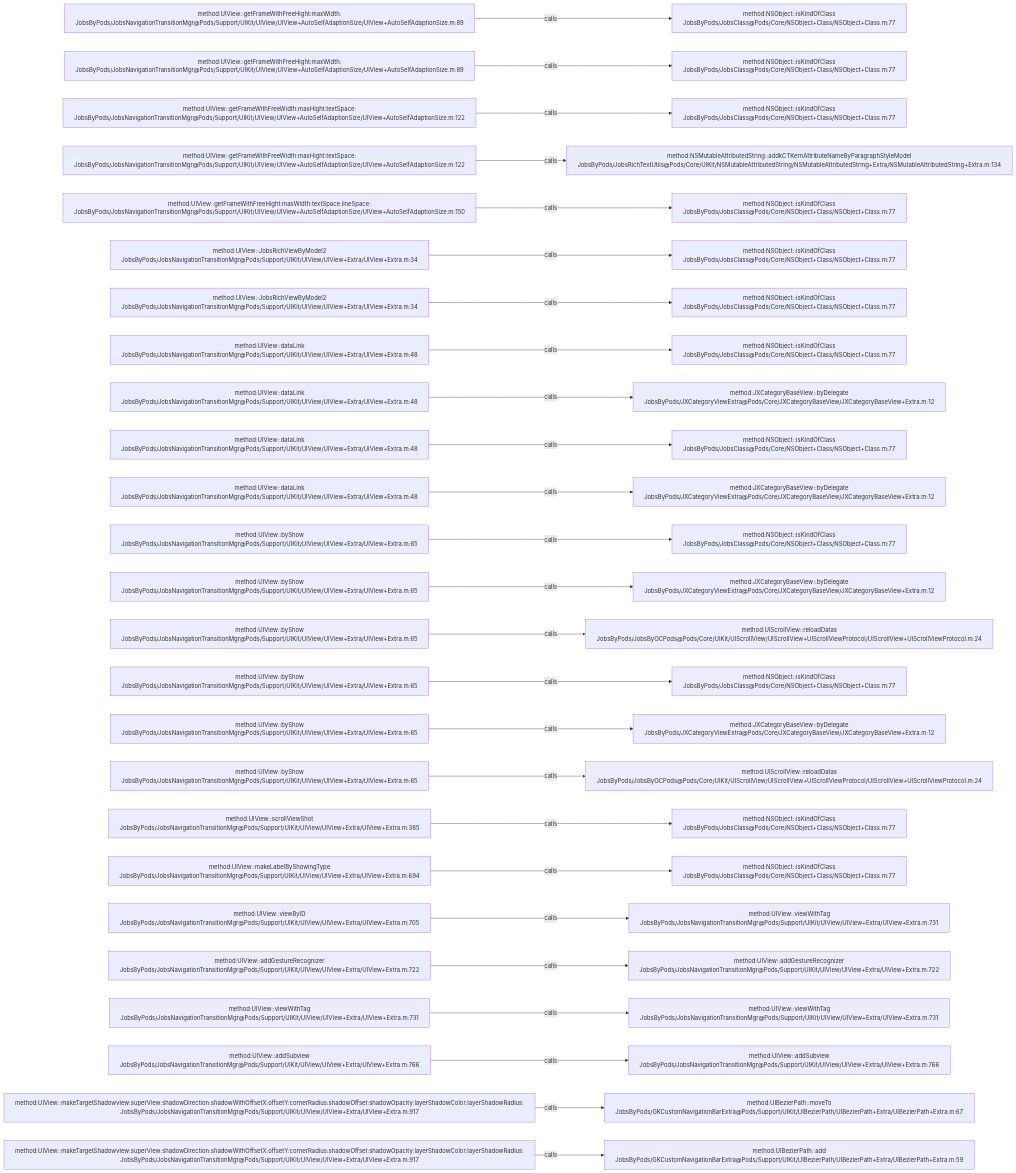
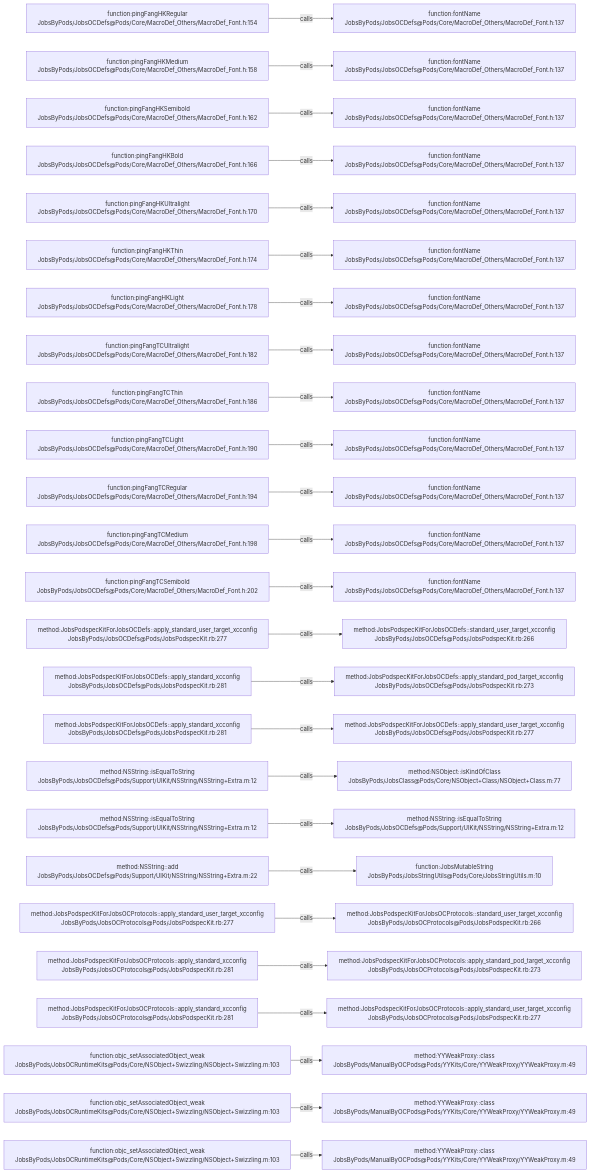
One commit to JobsKits/JobsOCBaseConfigDemo changed the diagram in .codegraph/codegraph.md/graphs/calls-137.md. Above: the diagram before and after it, drawn with Mermaid. The commit also changed 639 other files, not shown here.

````diff
--- a/.codegraph/codegraph.md/graphs/calls-137.md
+++ b/.codegraph/codegraph.md/graphs/calls-137.md
@@ -13,78 +13,78 @@
 ```mermaid
 flowchart LR
-  S1["method:UIView::getFrameWithFreeHight:maxWidth:<br/>JobsByPods/JobsNavigationTransitionMgr@Pods/Support/UIKit/UIView/UIView+AutoSelfAdaptionSize/UIView+AutoSelfAdaptionSize.m:89"]
-  T1["method:NSObject::isKindOfClass<br/>JobsByPods/JobsClass@Pods/Core/NSObject+Class/NSObject+Class.m:77"]
+  S1["function:pingFangHKRegular<br/>JobsByPods/JobsOCDefs@Pods/Core/MacroDef_Others/MacroDef_Font.h:154"]
+  T1["function:fontName<br/>JobsByPods/JobsOCDefs@Pods/Core/MacroDef_Others/MacroDef_Font.h:137"]
   S1 -->|calls| T1
-  S2["method:UIView::getFrameWithFreeHight:maxWidth:<br/>JobsByPods/JobsNavigationTransitionMgr@Pods/Support/UIKit/UIView/UIView+AutoSelfAdaptionSize/UIView+AutoSelfAdaptionSize.m:89"]
-  T2["method:NSObject::isKindOfClass<br/>JobsByPods/JobsClass@Pods/Core/NSObject+Class/NSObject+Class.m:77"]
+  S2["function:pingFangHKMedium<br/>JobsByPods/JobsOCDefs@Pods/Core/MacroDef_Others/MacroDef_Font.h:158"]
+  T2["function:fontName<br/>JobsByPods/JobsOCDefs@Pods/Core/MacroDef_Others/MacroDef_Font.h:137"]
   S2 -->|calls| T2
-  S3["method:UIView::getFrameWithFreeWidth:maxHight:textSpace:<br/>JobsByPods/JobsNavigationTransitionMgr@Pods/Support/UIKit/UIView/UIView+AutoSelfAdaptionSize/UIView+AutoSelfAdaptionSize.m:122"]
-  T3["method:NSObject::isKindOfClass<br/>JobsByPods/JobsClass@Pods/Core/NSObject+Class/NSObject+Class.m:77"]
+  S3["function:pingFangHKSemibold<br/>JobsByPods/JobsOCDefs@Pods/Core/MacroDef_Others/MacroDef_Font.h:162"]
+  T3["function:fontName<br/>JobsByPods/JobsOCDefs@Pods/Core/MacroDef_Others/MacroDef_Font.h:137"]
   S3 -->|calls| T3
-  S4["method:UIView::getFrameWithFreeWidth:maxHight:textSpace:<br/>JobsByPods/JobsNavigationTransitionMgr@Pods/Support/UIKit/UIView/UIView+AutoSelfAdaptionSize/UIView+AutoSelfAdaptionSize.m:122"]
-  T4["method:NSMutableAttributedString::addkCTKernAttributeNameByParagraphStyleModel<br/>JobsByPods/JobsRichTextUtils@Pods/Core/UIKit/NSMutableAttributedString/NSMutableAttributedString+Extra/NSMutableAttributedString+Extra.m:134"]
+  S4["function:pingFangHKBold<br/>JobsByPods/JobsOCDefs@Pods/Core/MacroDef_Others/MacroDef_Font.h:166"]
+  T4["function:fontName<br/>JobsByPods/JobsOCDefs@Pods/Core/MacroDef_Others/MacroDef_Font.h:137"]
   S4 -->|calls| T4
-  S5["method:UIView::getFrameWithFreeHight:maxWidth:textSpace:lineSpace:<br/>JobsByPods/JobsNavigationTransitionMgr@Pods/Support/UIKit/UIView/UIView+AutoSelfAdaptionSize/UIView+AutoSelfAdaptionSize.m:150"]
-  T5["method:NSObject::isKindOfClass<br/>JobsByPods/JobsClass@Pods/Core/NSObject+Class/NSObject+Class.m:77"]
+  S5["function:pingFangHKUltralight<br/>JobsByPods/JobsOCDefs@Pods/Core/MacroDef_Others/MacroDef_Font.h:170"]
+  T5["function:fontName<br/>JobsByPods/JobsOCDefs@Pods/Core/MacroDef_Others/MacroDef_Font.h:137"]
   S5 -->|calls| T5
-  S6["method:UIView::JobsRichViewByModel2<br/>JobsByPods/JobsNavigationTransitionMgr@Pods/Support/UIKit/UIView/UIView+Extra/UIView+Extra.m:34"]
-  T6["method:NSObject::isKindOfClass<br/>JobsByPods/JobsClass@Pods/Core/NSObject+Class/NSObject+Class.m:77"]
+  S6["function:pingFangHKThin<br/>JobsByPods/JobsOCDefs@Pods/Core/MacroDef_Others/MacroDef_Font.h:174"]
+  T6["function:fontName<br/>JobsByPods/JobsOCDefs@Pods/Core/MacroDef_Others/MacroDef_Font.h:137"]
   S6 -->|calls| T6
-  S7["method:UIView::JobsRichViewByModel2<br/>JobsByPods/JobsNavigationTransitionMgr@Pods/Support/UIKit/UIView/UIView+Extra/UIView+Extra.m:34"]
-  T7["method:NSObject::isKindOfClass<br/>JobsByPods/JobsClass@Pods/Core/NSObject+Class/NSObject+Class.m:77"]
+  S7["function:pingFangHKLight<br/>JobsByPods/JobsOCDefs@Pods/Core/MacroDef_Others/MacroDef_Font.h:178"]
+  T7["function:fontName<br/>JobsByPods/JobsOCDefs@Pods/Core/MacroDef_Others/MacroDef_Font.h:137"]
   S7 -->|calls| T7
-  S8["method:UIView::dataLink<br/>JobsByPods/JobsNavigationTransitionMgr@Pods/Support/UIKit/UIView/UIView+Extra/UIView+Extra.m:48"]
-  T8["method:NSObject::isKindOfClass<br/>JobsByPods/JobsClass@Pods/Core/NSObject+Class/NSObject+Class.m:77"]
+  S8["function:pingFangTCUltralight<br/>JobsByPods/JobsOCDefs@Pods/Core/MacroDef_Others/MacroDef_Font.h:182"]
+  T8["function:fontName<br/>JobsByPods/JobsOCDefs@Pods/Core/MacroDef_Others/MacroDef_Font.h:137"]
   S8 -->|calls| T8
-  S9["method:UIView::dataLink<br/>JobsByPods/JobsNavigationTransitionMgr@Pods/Support/UIKit/UIView/UIView+Extra/UIView+Extra.m:48"]
-  T9["method:JXCategoryBaseView::byDelegate<br/>JobsByPods/JXCategoryViewExtra@Pods/Core/JXCategoryBaseView/JXCategoryBaseView+Extra.m:12"]
+  S9["function:pingFangTCThin<br/>JobsByPods/JobsOCDefs@Pods/Core/MacroDef_Others/MacroDef_Font.h:186"]
+  T9["function:fontName<br/>JobsByPods/JobsOCDefs@Pods/Core/MacroDef_Others/MacroDef_Font.h:137"]
   S9 -->|calls| T9
-  S10["method:UIView::dataLink<br/>JobsByPods/JobsNavigationTransitionMgr@Pods/Support/UIKit/UIView/UIView+Extra/UIView+Extra.m:48"]
-  T10["method:NSObject::isKindOfClass<br/>JobsByPods/JobsClass@Pods/Core/NSObject+Class/NSObject+Class.m:77"]
+  S10["function:pingFangTCLight<br/>JobsByPods/JobsOCDefs@Pods/Core/MacroDef_Others/MacroDef_Font.h:190"]
+  T10["function:fontName<br/>JobsByPods/JobsOCDefs@Pods/Core/MacroDef_Others/MacroDef_Font.h:137"]
   S10 -->|calls| T10
-  S11["method:UIView::dataLink<br/>JobsByPods/JobsNavigationTransitionMgr@Pods/Support/UIKit/UIView/UIView+Extra/UIView+Extra.m:48"]
-  T11["method:JXCategoryBaseView::byDelegate<br/>JobsByPods/JXCategoryViewExtra@Pods/Core/JXCategoryBaseView/JXCategoryBaseView+Extra.m:12"]
+  S11["function:pingFangTCRegular<br/>JobsByPods/JobsOCDefs@Pods/Core/MacroDef_Others/MacroDef_Font.h:194"]
+  T11["function:fontName<br/>JobsByPods/JobsOCDefs@Pods/Core/MacroDef_Others/MacroDef_Font.h:137"]
   S11 -->|calls| T11
-  S12["method:UIView::byShow<br/>JobsByPods/JobsNavigationTransitionMgr@Pods/Support/UIKit/UIView/UIView+Extra/UIView+Extra.m:65"]
-  T12["method:NSObject::isKindOfClass<br/>JobsByPods/JobsClass@Pods/Core/NSObject+Class/NSObject+Class.m:77"]
+  S12["function:pingFangTCMedium<br/>JobsByPods/JobsOCDefs@Pods/Core/MacroDef_Others/MacroDef_Font.h:198"]
+  T12["function:fontName<br/>JobsByPods/JobsOCDefs@Pods/Core/MacroDef_Others/MacroDef_Font.h:137"]
   S12 -->|calls| T12
-  S13["method:UIView::byShow<br/>JobsByPods/JobsNavigationTransitionMgr@Pods/Support/UIKit/UIView/UIView+Extra/UIView+Extra.m:65"]
-  T13["method:JXCategoryBaseView::byDelegate<br/>JobsByPods/JXCategoryViewExtra@Pods/Core/JXCategoryBaseView/JXCategoryBaseView+Extra.m:12"]
+  S13["function:pingFangTCSemibold<br/>JobsByPods/JobsOCDefs@Pods/Core/MacroDef_Others/MacroDef_Font.h:202"]
+  T13["function:fontName<br/>JobsByPods/JobsOCDefs@Pods/Core/MacroDef_Others/MacroDef_Font.h:137"]
   S13 -->|calls| T13
-  S14["method:UIView::byShow<br/>JobsByPods/JobsNavigationTransitionMgr@Pods/Support/UIKit/UIView/UIView+Extra/UIView+Extra.m:65"]
-  T14["method:UIScrollView::reloadDatas<br/>JobsByPods/JobsByOCPods@Pods/Core/UIKit/UIScrollView/UIScrollView+UIScrollViewProtocol/UIScrollView+UIScrollViewProtocol.m:24"]
+  S14["method:JobsPodspecKitForJobsOCDefs::apply_standard_user_target_xcconfig<br/>JobsByPods/JobsOCDefs@Pods/JobsPodspecKit.rb:277"]
+  T14["method:JobsPodspecKitForJobsOCDefs::standard_user_target_xcconfig<br/>JobsByPods/JobsOCDefs@Pods/JobsPodspecKit.rb:266"]
   S14 -->|calls| T14
-  S15["method:UIView::byShow<br/>JobsByPods/JobsNavigationTransitionMgr@Pods/Support/UIKit/UIView/UIView+Extra/UIView+Extra.m:65"]
-  T15["method:NSObject::isKindOfClass<br/>JobsByPods/JobsClass@Pods/Core/NSObject+Class/NSObject+Class.m:77"]
+  S15["method:JobsPodspecKitForJobsOCDefs::apply_standard_xcconfig<br/>JobsByPods/JobsOCDefs@Pods/JobsPodspecKit.rb:281"]
+  T15["method:JobsPodspecKitForJobsOCDefs::apply_standard_pod_target_xcconfig<br/>JobsByPods/JobsOCDefs@Pods/JobsPodspecKit.rb:273"]
   S15 -->|calls| T15
-  S16["method:UIView::byShow<br/>JobsByPods/JobsNavigationTransitionMgr@Pods/Support/UIKit/UIView/UIView+Extra/UIView+Extra.m:65"]
-  T16["method:JXCategoryBaseView::byDelegate<br/>JobsByPods/JXCategoryViewExtra@Pods/Core/JXCategoryBaseView/JXCategoryBaseView+Extra.m:12"]
+  S16["method:JobsPodspecKitForJobsOCDefs::apply_standard_xcconfig<br/>JobsByPods/JobsOCDefs@Pods/JobsPodspecKit.rb:281"]
+  T16["method:JobsPodspecKitForJobsOCDefs::apply_standard_user_target_xcconfig<br/>JobsByPods/JobsOCDefs@Pods/JobsPodspecKit.rb:277"]
   S16 -->|calls| T16
-  S17["method:UIView::byShow<br/>JobsByPods/JobsNavigationTransitionMgr@Pods/Support/UIKit/UIView/UIView+Extra/UIView+Extra.m:65"]
-  T17["method:UIScrollView::reloadDatas<br/>JobsByPods/JobsByOCPods@Pods/Core/UIKit/UIScrollView/UIScrollView+UIScrollViewProtocol/UIScrollView+UIScrollViewProtocol.m:24"]
+  S17["method:NSString::isEqualToString<br/>JobsByPods/JobsOCDefs@Pods/Support/UIKit/NSString/NSString+Extra.m:12"]
+  T17["method:NSObject::isKindOfClass<br/>JobsByPods/JobsClass@Pods/Core/NSObject+Class/NSObject+Class.m:77"]
   S17 -->|calls| T17
-  S18["method:UIView::scrollViewShot<br/>JobsByPods/JobsNavigationTransitionMgr@Pods/Support/UIKit/UIView/UIView+Extra/UIView+Extra.m:385"]
-  T18["method:NSObject::isKindOfClass<br/>JobsByPods/JobsClass@Pods/Core/NSObject+Class/NSObject+Class.m:77"]
+  S18["method:NSString::isEqualToString<br/>JobsByPods/JobsOCDefs@Pods/Support/UIKit/NSString/NSString+Extra.m:12"]
+  T18["method:NSString::isEqualToString<br/>JobsByPods/JobsOCDefs@Pods/Support/UIKit/NSString/NSString+Extra.m:12"]
   S18 -->|calls| T18
-  S19["method:UIView::makeLabelByShowingType<br/>JobsByPods/JobsNavigationTransitionMgr@Pods/Support/UIKit/UIView/UIView+Extra/UIView+Extra.m:694"]
-  T19["method:NSObject::isKindOfClass<br/>JobsByPods/JobsClass@Pods/Core/NSObject+Class/NSObject+Class.m:77"]
+  S19["method:NSString::add<br/>JobsByPods/JobsOCDefs@Pods/Support/UIKit/NSString/NSString+Extra.m:22"]
+  T19["function:JobsMutableString<br/>JobsByPods/JobsStringUtils@Pods/Core/JobsStringUtils.m:10"]
   S19 -->|calls| T19
-  S20["method:UIView::viewByID<br/>JobsByPods/JobsNavigationTransitionMgr@Pods/Support/UIKit/UIView/UIView+Extra/UIView+Extra.m:705"]
-  T20["method:UIView::viewWithTag<br/>JobsByPods/JobsNavigationTransitionMgr@Pods/Support/UIKit/UIView/UIView+Extra/UIView+Extra.m:731"]
+  S20["method:JobsPodspecKitForJobsOCProtocols::apply_standard_user_target_xcconfig<br/>JobsByPods/JobsOCProtocols@Pods/JobsPodspecKit.rb:277"]
+  T20["method:JobsPodspecKitForJobsOCProtocols::standard_user_target_xcconfig<br/>JobsByPods/JobsOCProtocols@Pods/JobsPodspecKit.rb:266"]
   S20 -->|calls| T20
-  S21["method:UIView::addGestureRecognizer<br/>JobsByPods/JobsNavigationTransitionMgr@Pods/Support/UIKit/UIView/UIView+Extra/UIView+Extra.m:722"]
-  T21["method:UIView::addGestureRecognizer<br/>JobsByPods/JobsNavigationTransitionMgr@Pods/Support/UIKit/UIView/UIView+Extra/UIView+Extra.m:722"]
+  S21["method:JobsPodspecKitForJobsOCProtocols::apply_standard_xcconfig<br/>JobsByPods/JobsOCProtocols@Pods/JobsPodspecKit.rb:281"]
+  T21["method:JobsPodspecKitForJobsOCProtocols::apply_standard_pod_target_xcconfig<br/>JobsByPods/JobsOCProtocols@Pods/JobsPodspecKit.rb:273"]
   S21 -->|calls| T21
-  S22["method:UIView::viewWithTag<br/>JobsByPods/JobsNavigationTransitionMgr@Pods/Support/UIKit/UIView/UIView+Extra/UIView+Extra.m:731"]
-  T22["method:UIView::viewWithTag<br/>JobsByPods/JobsNavigationTransitionMgr@Pods/Support/UIKit/UIView/UIView+Extra/UIView+Extra.m:731"]
+  S22["method:JobsPodspecKitForJobsOCProtocols::apply_standard_xcconfig<br/>JobsByPods/JobsOCProtocols@Pods/JobsPodspecKit.rb:281"]
+  T22["method:JobsPodspecKitForJobsOCProtocols::apply_standard_user_target_xcconfig<br/>JobsByPods/JobsOCProtocols@Pods/JobsPodspecKit.rb:277"]
   S22 -->|calls| T22
-  S23["method:UIView::addSubview<br/>JobsByPods/JobsNavigationTransitionMgr@Pods/Support/UIKit/UIView/UIView+Extra/UIView+Extra.m:766"]
-  T23["method:UIView::addSubview<br/>JobsByPods/JobsNavigationTransitionMgr@Pods/Support/UIKit/UIView/UIView+Extra/UIView+Extra.m:766"]
+  S23["function:objc_setAssociatedObject_weak<br/>JobsByPods/JobsOCRuntimeKits@Pods/Core/NSObject+Swizzling/NSObject+Swizzling.m:103"]
+  T23["method:YYWeakProxy::class<br/>JobsByPods/ManualByOCPods@Pods/YYKits/Core/YYWeakProxy/YYWeakProxy.m:49"]
   S23 -->|calls| T23
-  S24["method:UIView::makeTargetShadowview:superView:shadowDirection:shadowWithOffsetX:offsetY:cornerRadius:shadowOffset:shadowOpacity:layerShadowColor:layerShadowRadius:<br/>JobsByPods/JobsNavigationTransitionMgr@Pods/Support/UIKit/UIView/UIView+Extra/UIView+Extra.m:917"]
-  T24["method:UIBezierPath::moveTo<br/>JobsByPods/GKCustomNavigationBarExtra@Pods/Support/UIKit/UIBezierPath/UIBezierPath+Extra/UIBezierPath+Extra.m:67"]
+  S24["function:objc_setAssociatedObject_weak<br/>JobsByPods/JobsOCRuntimeKits@Pods/Core/NSObject+Swizzling/NSObject+Swizzling.m:103"]
+  T24["method:YYWeakProxy::class<br/>JobsByPods/ManualByOCPods@Pods/YYKits/Core/YYWeakProxy/YYWeakProxy.m:49"]
   S24 -->|calls| T24
-  S25["method:UIView::makeTargetShadowview:superView:shadowDirection:shadowWithOffsetX:offsetY:cornerRadius:shadowOffset:shadowOpacity:layerShadowColor:layerShadowRadius:<br/>JobsByPods/JobsNavigationTransitionMgr@Pods/Support/UIKit/UIView/UIView+Extra/UIView+Extra.m:917"]
-  T25["method:UIBezierPath::add<br/>JobsByPods/GKCustomNavigationBarExtra@Pods/Support/UIKit/UIBezierPath/UIBezierPath+Extra/UIBezierPath+Extra.m:59"]
+  S25["function:objc_setAssociatedObject_weak<br/>JobsByPods/JobsOCRuntimeKits@Pods/Core/NSObject+Swizzling/NSObject+Swizzling.m:103"]
+  T25["method:YYWeakProxy::class<br/>JobsByPods/ManualByOCPods@Pods/YYKits/Core/YYWeakProxy/YYWeakProxy.m:49"]
   S25 -->|calls| T25
 ```
````
